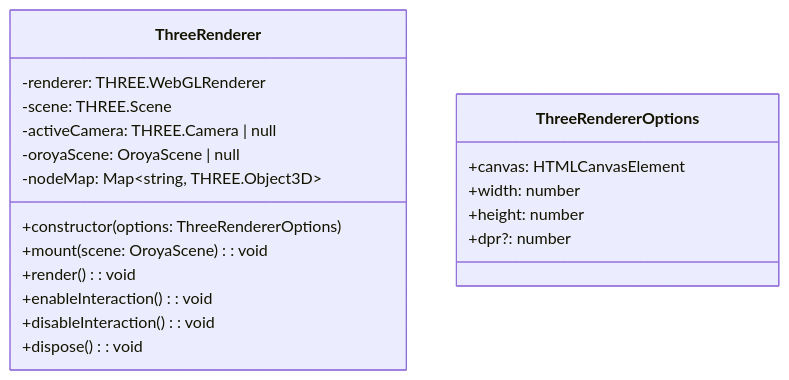
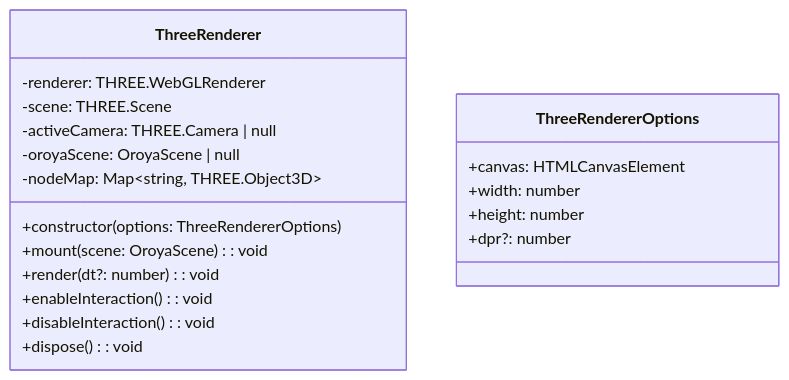
One commit to joshuacba08/oroya-animate changed the ninth of 10 diagrams in apps/web/src/content/docs/api-reference.md. Above: the diagram before and after it, drawn with Mermaid. The commit also changed other lines of this file and 271 other files, not shown here.

````diff
--- a/apps/web/src/content/docs/api-reference.md
+++ b/apps/web/src/content/docs/api-reference.md
@@ -1362,23 +1393,23 @@
 ```mermaid
 classDiagram
     class ThreeRenderer {
         -renderer: THREE.WebGLRenderer
         -scene: THREE.Scene
         -activeCamera: THREE.Camera | null
         -oroyaScene: OroyaScene | null
         -nodeMap: Map~string, THREE.Object3D~
         +constructor(options: ThreeRendererOptions)
         +mount(scene: OroyaScene): void
-        +render(): void
+        +render(dt?: number): void
         +enableInteraction(): void
         +disableInteraction(): void
         +dispose(): void
     }
 
     class ThreeRendererOptions {
         +canvas: HTMLCanvasElement
         +width: number
         +height: number
         +dpr?: number
     }
 ```
````
